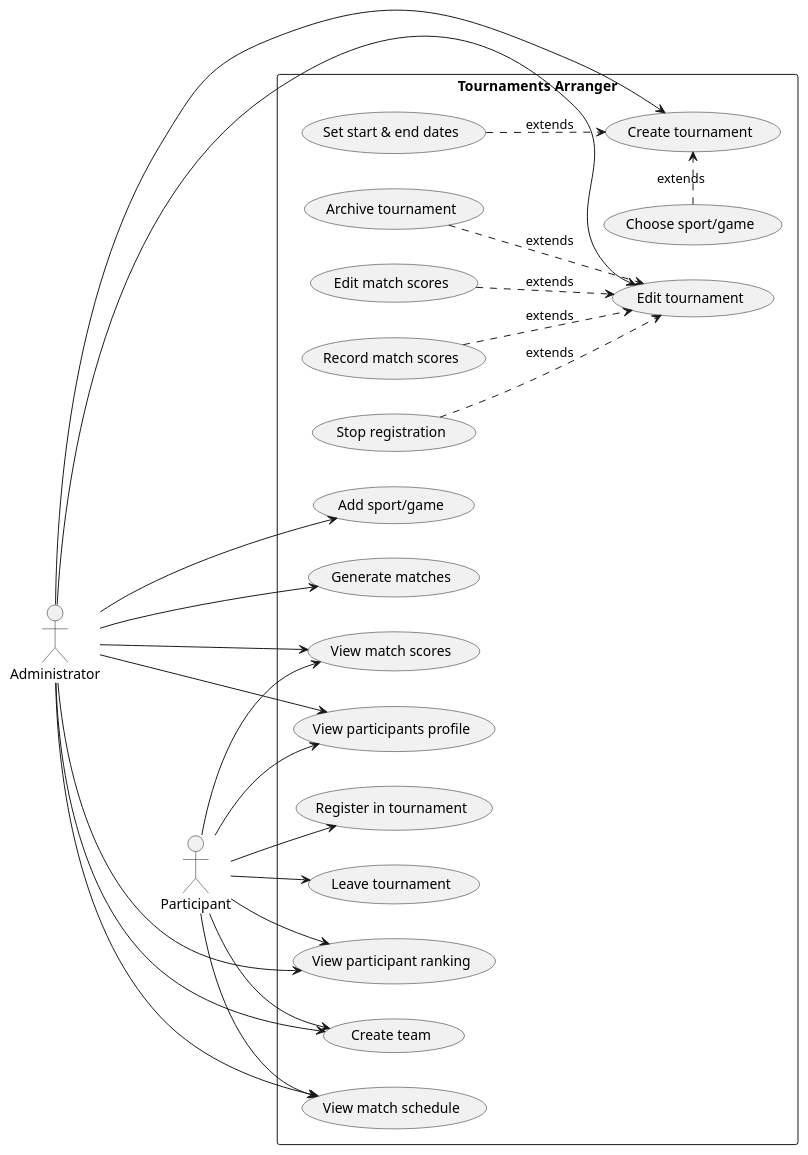
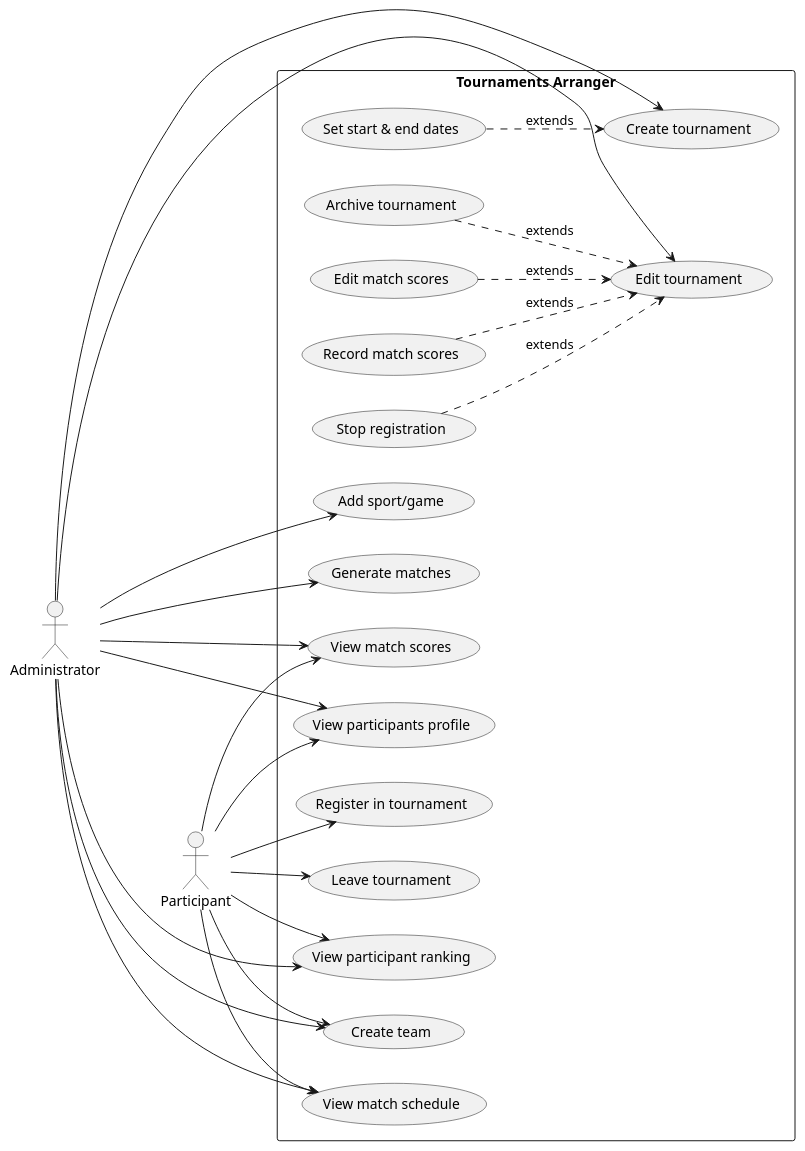
One commit to hassain-saeed28/tournaments-arranger changed the diagram in docs/phase_1/use_case_diagram.puml. Above: the diagram before and after it, drawn with PlantUML.

Commit message:
docs: remove unwanted use cases from diagram (#6)
* remove choose sport/game

* remove signup in different tournament

```diff
--- a/docs/phase_1/use_case_diagram.puml
+++ b/docs/phase_1/use_case_diagram.puml
@@ -1,56 +1,53 @@
 @startuml project
 left to right direction
 
 actor Administrator as admin
 actor Participant as particip
 
 rectangle "Tournaments Arranger" {
     usecase "Create tournament" as create_tournaments
-    usecase "Choose sport/game" as choose_tournament_type
-    choose_tournament_type -right-> create_tournaments #line.dashed : extends
     usecase "Set start & end dates" as set_dates
     set_dates --> create_tournaments #line.dashed : extends
 
     usecase "Edit tournament" as edit_tournament_data
     usecase "Edit match scores" as edit_match_scores
     edit_match_scores --> edit_tournament_data #line.dashed : extends
     usecase "Record match scores" as record_match_scores
     record_match_scores --> edit_tournament_data #line.dashed : extends
     usecase "Stop registration" as stop_registration
     stop_registration --> edit_tournament_data #line.dashed : extends
     usecase "Archive tournament" as archive_tournament
     archive_tournament --> edit_tournament_data #line.dashed : extends
 
     usecase "View match scores" as view_match_scores
     usecase "View participant ranking" as view_participant_ranking
     usecase "View match schedule" as view_match_schedule
     usecase "Add sport/game" as add_sport_game
 
 
     usecase "View participants profile" as view_participant_profile
     usecase "Create team" as create_team
     usecase "Generate matches" as generate_matches
     usecase "Leave tournament" as leave_tournament
     usecase "Register in tournament" as register_in_tournament
-    ' usecase "Sign up in different\ntournament in the same time" as signup
 }
 
 admin --> create_tournaments
 admin --> edit_tournament_data
 admin --> generate_matches
 admin --> add_sport_game
 
 admin ---> view_match_schedule
 particip --> view_match_schedule
 admin --> view_participant_ranking
 particip --> view_participant_ranking
 admin --> create_team
 particip --> create_team
 admin --> view_participant_profile
 particip --> view_participant_profile
 admin --> view_match_scores
 particip --> view_match_scores
 
 particip --> register_in_tournament
 particip --> leave_tournament
 @enduml
```
